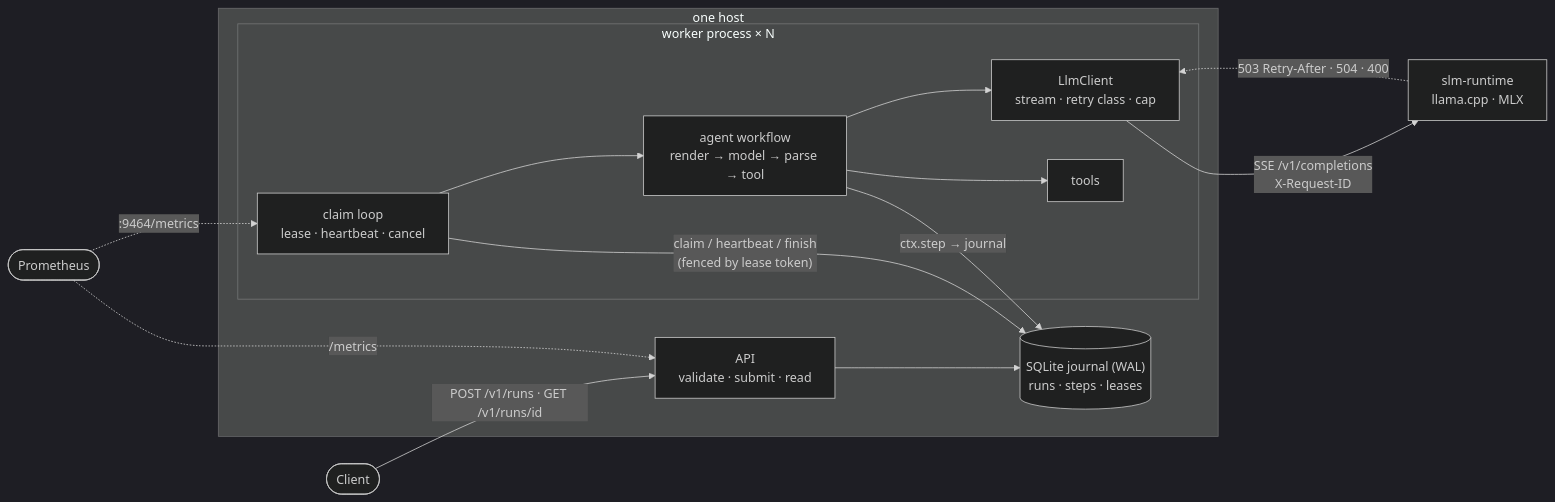
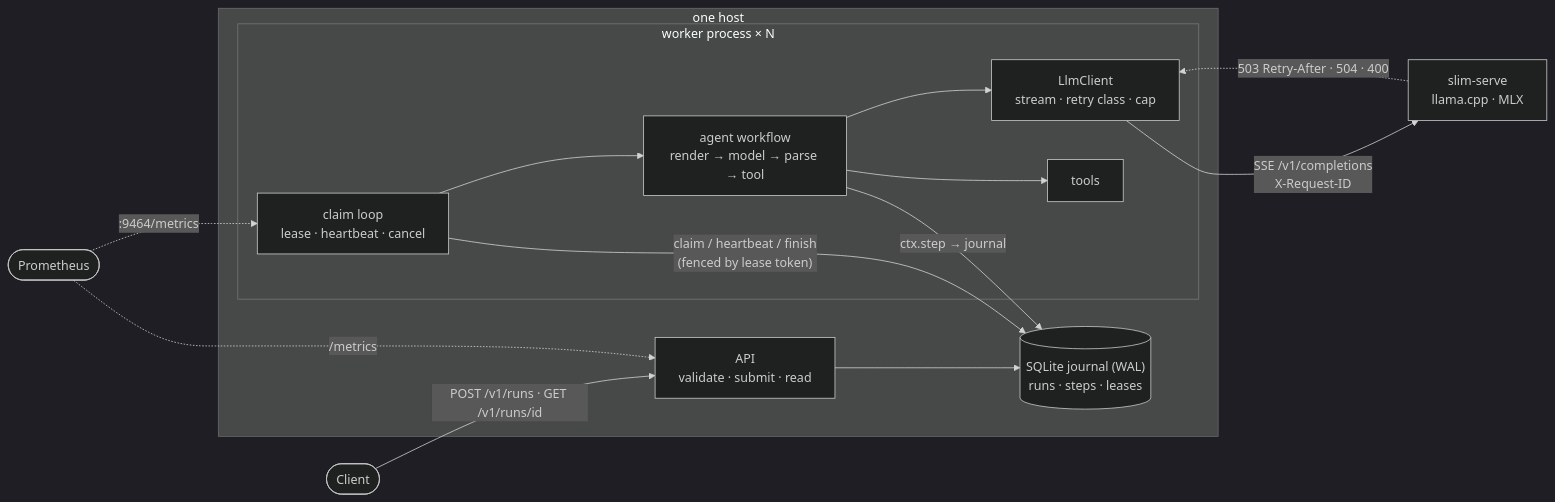
Before and after one commit to ragnarlothbrok53/slm-orchestration-machine: the diagram in README.md, drawn with Mermaid (dark theme). The commit also changed other lines of this file and 42 other files, not shown here.

````diff
--- a/README.md
+++ b/README.md
@@ -63,25 +63,25 @@
 ```mermaid
 flowchart LR
     client([Client]) -->|"POST /v1/runs · GET /v1/runs/id"| api
 
     subgraph host["one host"]
         api["API<br/>validate · submit · read"]
         db[("SQLite journal (WAL)<br/>runs · steps · leases")]
         subgraph w["worker process × N"]
             loop["claim loop<br/>lease · heartbeat · cancel"]
             wf["agent workflow<br/>render → model → parse → tool"]
             llmc["LlmClient<br/>stream · retry class · cap"]
             tools["tools"]
         end
         api --> db
         loop -->|"claim / heartbeat / finish<br/>(fenced by lease token)"| db
         wf -->|"ctx.step → journal"| db
         loop --> wf --> llmc
         wf --> tools
     end
 
-    llmc -->|"SSE /v1/completions<br/>X-Request-ID"| slm["slm-runtime<br/>llama.cpp · MLX"]
+    llmc -->|"SSE /v1/completions<br/>X-Request-ID"| slm["slim-serve<br/>llama.cpp · MLX"]
     slm -.->|"503 Retry-After · 504 · 400"| llmc
     prom([Prometheus]) -.->|"/metrics"| api
     prom -.->|":9464/metrics"| loop
 ```
````
